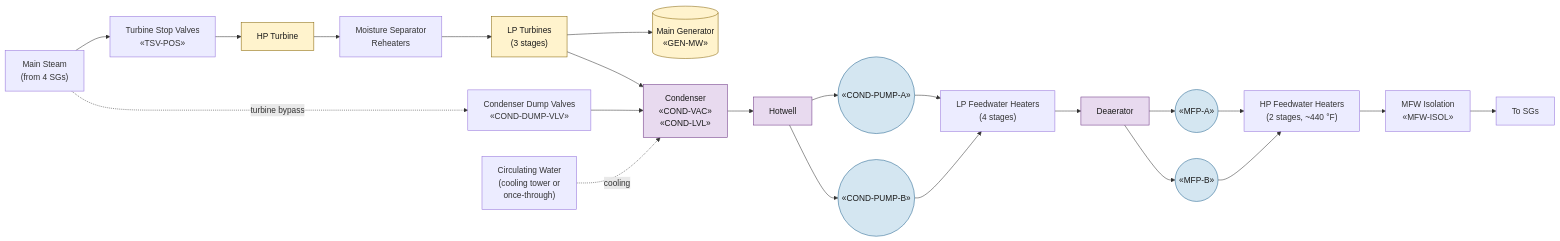
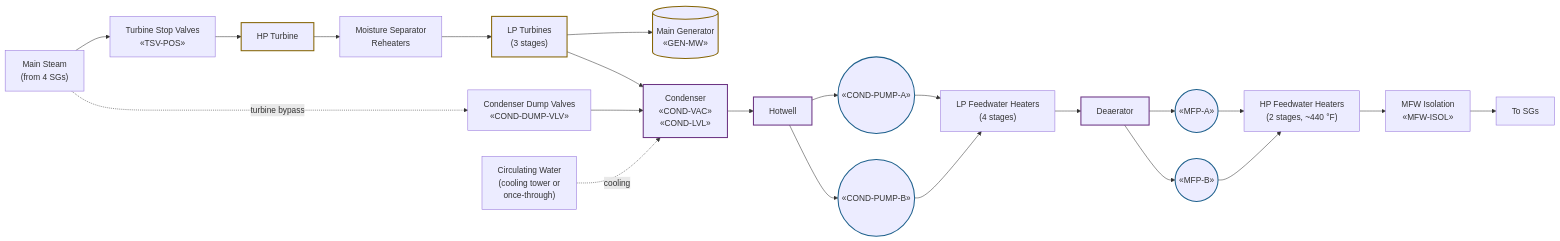
One commit to samsinn-wikis/pwr-ops changed the diagram in wiki/systems/bop.md. Above: the diagram before and after it, drawn with Mermaid. The commit also changed 14 other files, not shown here.

````diff
--- a/wiki/systems/bop.md
+++ b/wiki/systems/bop.md
@@ -34,37 +34,37 @@
 ```mermaid
 flowchart LR
     MS["Main Steam<br/>(from 4 SGs)"]
     TSV["Turbine Stop Valves<br/>«TSV-POS»"]
     HP_T["HP Turbine"]
     MSR["Moisture Separator<br/>Reheaters"]
     LP_T["LP Turbines<br/>(3 stages)"]
     GEN[("Main Generator<br/>«GEN-MW»")]
     COND["Condenser<br/>«COND-VAC»<br/>«COND-LVL»"]
     DUMP["Condenser Dump Valves<br/>«COND-DUMP-VLV»"]
     CW["Circulating Water<br/>(cooling tower or<br/>once-through)"]
     HOTWELL["Hotwell"]
     CP_A(("«COND-PUMP-A»"))
     CP_B(("«COND-PUMP-B»"))
     LP_HTR["LP Feedwater Heaters<br/>(4 stages)"]
     DEAER["Deaerator"]
     MFP_A(("«MFP-A»"))
     MFP_B(("«MFP-B»"))
     HP_HTR["HP Feedwater Heaters<br/>(2 stages, ~440 °F)"]
     FWI["MFW Isolation<br/>«MFW-ISOL»"]
     SG["To SGs"]
 
     MS --> TSV --> HP_T --> MSR --> LP_T --> GEN
     LP_T --> COND
     MS -. "turbine bypass" .-> DUMP --> COND
     COND --> HOTWELL
     CW -. cooling .-> COND
     HOTWELL --> CP_A & CP_B --> LP_HTR --> DEAER --> MFP_A & MFP_B
     MFP_A & MFP_B --> HP_HTR --> FWI --> SG
 
-    classDef turbine fill:#fff3cd,stroke:#856404,color:#1a1a1a
-    classDef pump fill:#d4e6f1,stroke:#1f618d,color:#1a1a1a
-    classDef vessel fill:#e8daef,stroke:#6c3483,color:#1a1a1a
+    classDef turbine stroke:#856404,stroke-width:2px
+    classDef pump stroke:#1f618d,stroke-width:2px
+    classDef vessel stroke:#6c3483,stroke-width:2px
     class HP_T,LP_T,GEN turbine
     class CP_A,CP_B,MFP_A,MFP_B pump
     class COND,HOTWELL,DEAER vessel
 ```
````
